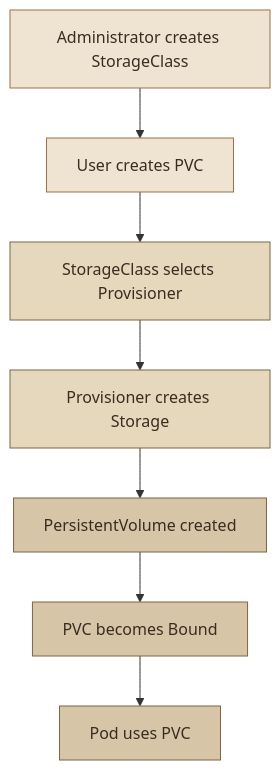
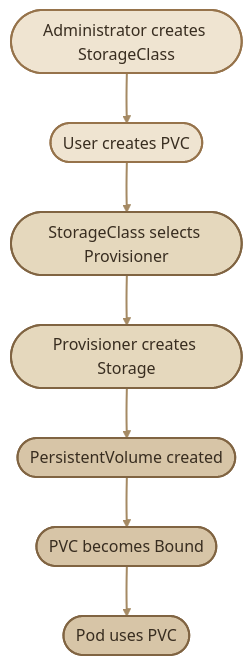
The third of 6 diagrams in content/container-orchestration/kubernetes/Storage/storage-classes.mdx (mustafammasoud/ops-handbook), drawn with Mermaid before and after one commit. The commit also changed other lines of this file and 1 other file, not shown here.

````diff
--- a/content/container-orchestration/kubernetes/Storage/storage-classes.mdx
+++ b/content/container-orchestration/kubernetes/Storage/storage-classes.mdx
@@ -139,17 +144,19 @@
 ```mermaid
 flowchart TD
-    A["Administrator creates StorageClass"] --> B["User creates PVC"]
-    B --> C["StorageClass selects Provisioner"]
-    C --> D["Provisioner creates Storage"]
-    D --> E["PersistentVolume created"]
-    E --> F["PVC becomes Bound"]
-    F --> G["Pod uses PVC"]
+    A(["Administrator creates StorageClass"]) --> B(["User creates PVC"])
+    B --> C(["StorageClass selects Provisioner"])
+    C --> D(["Provisioner creates Storage"])
+    D --> E(["PersistentVolume created"])
+    E --> F(["PVC becomes Bound"])
+    F --> G(["Pod uses PVC"])
 
-    classDef admin fill:#efe4d1,stroke:#96734b,color:#382d20
-    classDef provision fill:#e5d8bd,stroke:#806442,color:#382d20
-    classDef result fill:#d7c5a7,stroke:#806442,color:#382d20
+    classDef admin fill:#efe4d1,stroke:#96734b,color:#382d20,stroke-width:2px
+    classDef provision fill:#e5d8bd,stroke:#806442,color:#382d20,stroke-width:2px
+    classDef result fill:#d7c5a7,stroke:#806442,color:#382d20,stroke-width:2px
 
     class A,B admin
     class C,D provision
     class E,F,G result
+
+    linkStyle default stroke:#a58a64,stroke-width:2px
 ```
````
